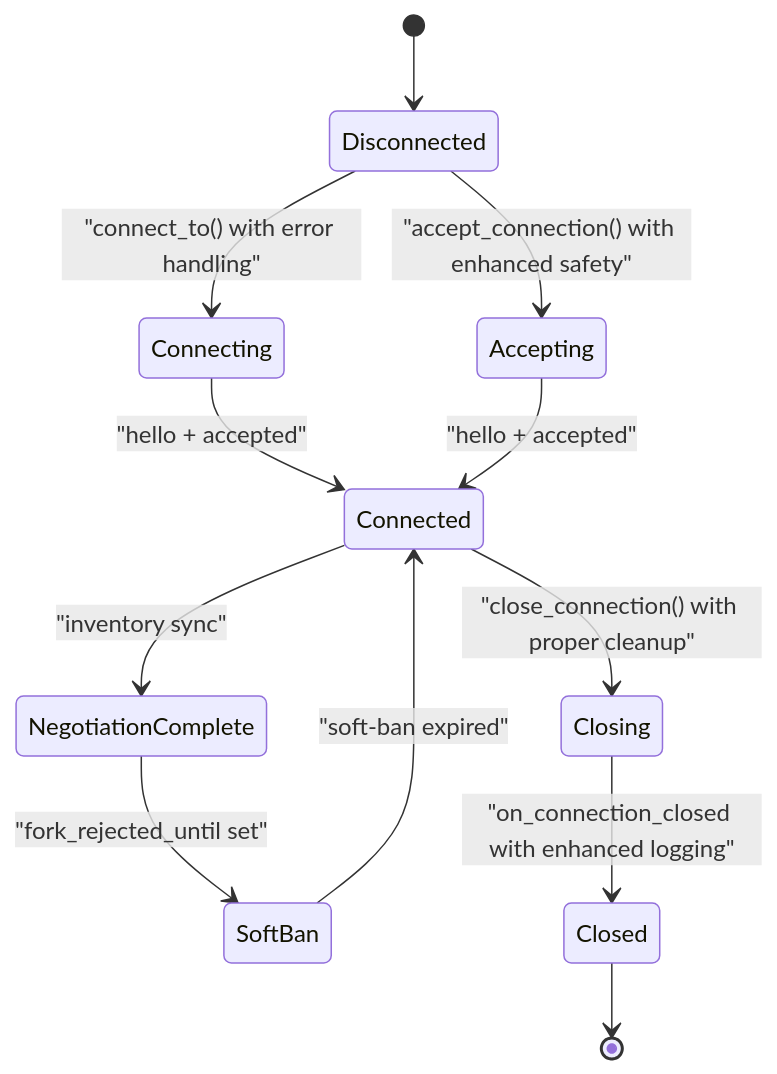
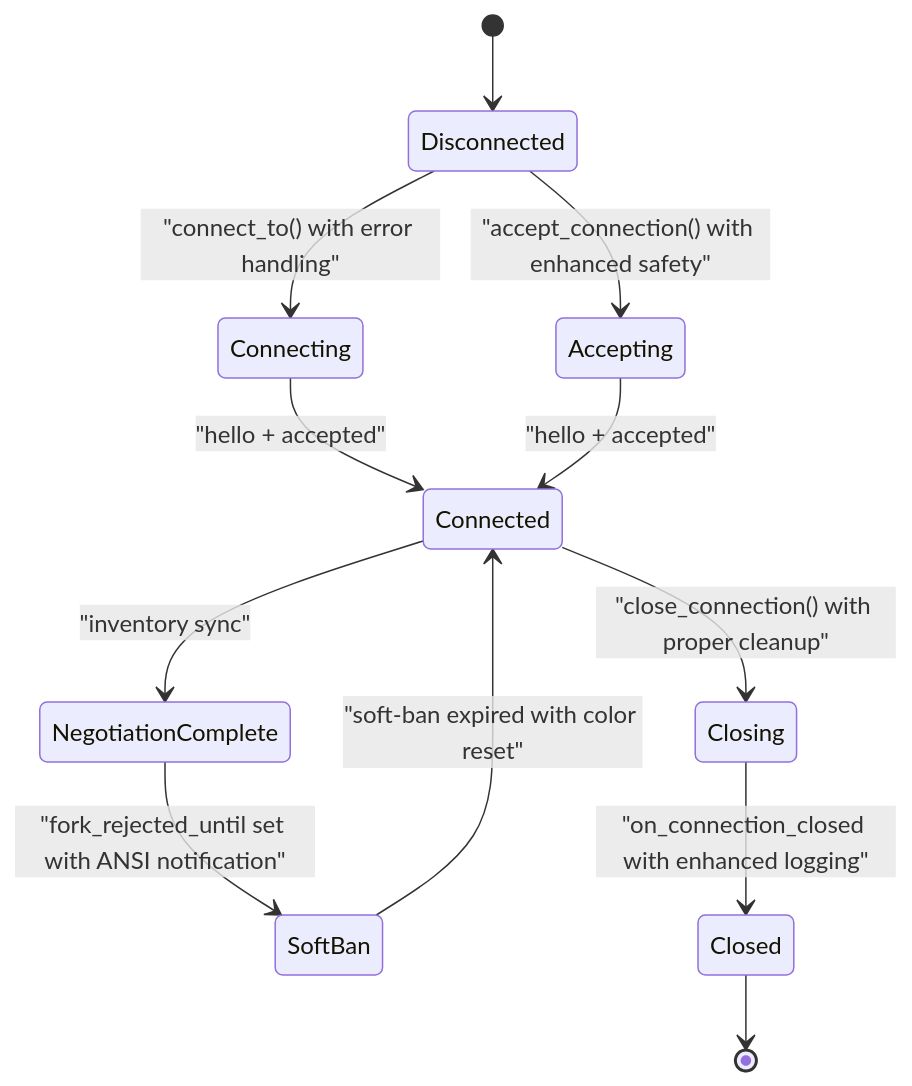
One commit to VIZ-Blockchain/viz-cpp-node changed the seventh of 11 diagrams in .qoder/repowiki/en/content/Architecture Overview/Core Libraries/Network Library/Peer Connection Management.md. Above: the diagram before and after it, drawn with Mermaid. The commit also changed other lines of this file and 3 other files, not shown here.

````diff
--- a/.qoder/repowiki/en/content/Architecture Overview/Core Libraries/Network Library/Peer Connection Management.md
+++ b/.qoder/repowiki/en/content/Architecture Overview/Core Libraries/Network Library/Peer Connection Management.md
@@ -371,14 +376,14 @@
 ```mermaid
 stateDiagram-v2
 [*] --> Disconnected
 Disconnected --> Connecting : "connect_to() with error handling"
 Disconnected --> Accepting : "accept_connection() with enhanced safety"
 Connecting --> Connected : "hello + accepted"
 Accepting --> Connected : "hello + accepted"
 Connected --> NegotiationComplete : "inventory sync"
-NegotiationComplete --> SoftBan : "fork_rejected_until set"
-SoftBan --> Connected : "soft-ban expired"
+NegotiationComplete --> SoftBan : "fork_rejected_until set with ANSI notification"
+SoftBan --> Connected : "soft-ban expired with color reset"
 Connected --> Closing : "close_connection() with proper cleanup"
 Closing --> Closed : "on_connection_closed with enhanced logging"
 Closed --> [*]
 ```
````
